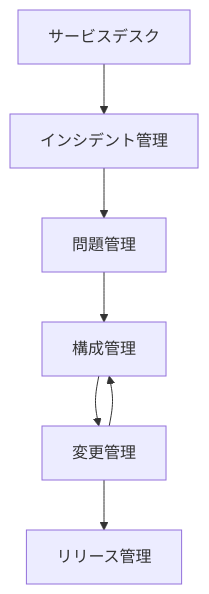
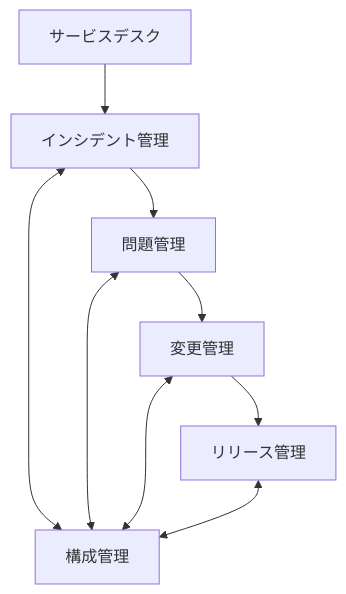
One commit to yuki-20260619/study changed the diagram in src/study/FE/notes/day07_20260711/day07_20260711.md. Above: the diagram before and after it, drawn with Mermaid. The commit also changed other lines of this file and 3 other files, not shown here.

````diff
--- a/src/study/FE/notes/day07_20260711/day07_20260711.md
+++ b/src/study/FE/notes/day07_20260711/day07_20260711.md
@@ -24,6 +24,19 @@
       ```mermaid
       flowchart TB
-        A[サービスデスク] --> B[インシデント管理] --> C[問題管理] --> D[構成管理]  --> 
-        E[変更管理]  --> F[リリース管理]
-        E[変更管理]  --> D[構成管理]
+        A[サービスデスク]
+        B[インシデント管理]
+        C[問題管理]
+        D[変更管理]
+        E[リリース管理]
+        F[構成管理]
+    
+        A --> B
+        B --> C
+        C --> D
+        D --> E
+    
+        B <--> F
+        C <--> F
+        D <--> F
+        E <--> F
       ```
````
